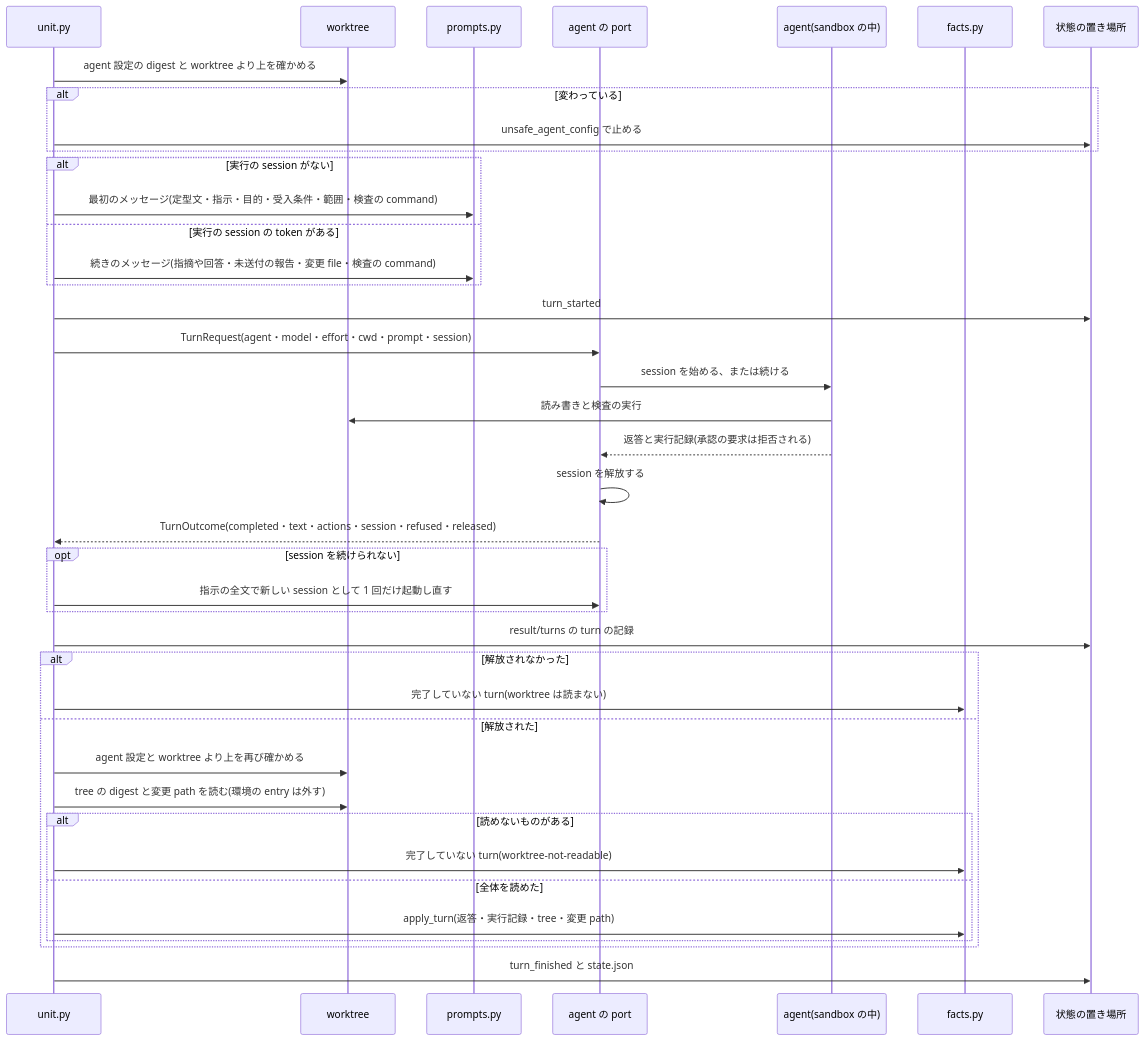
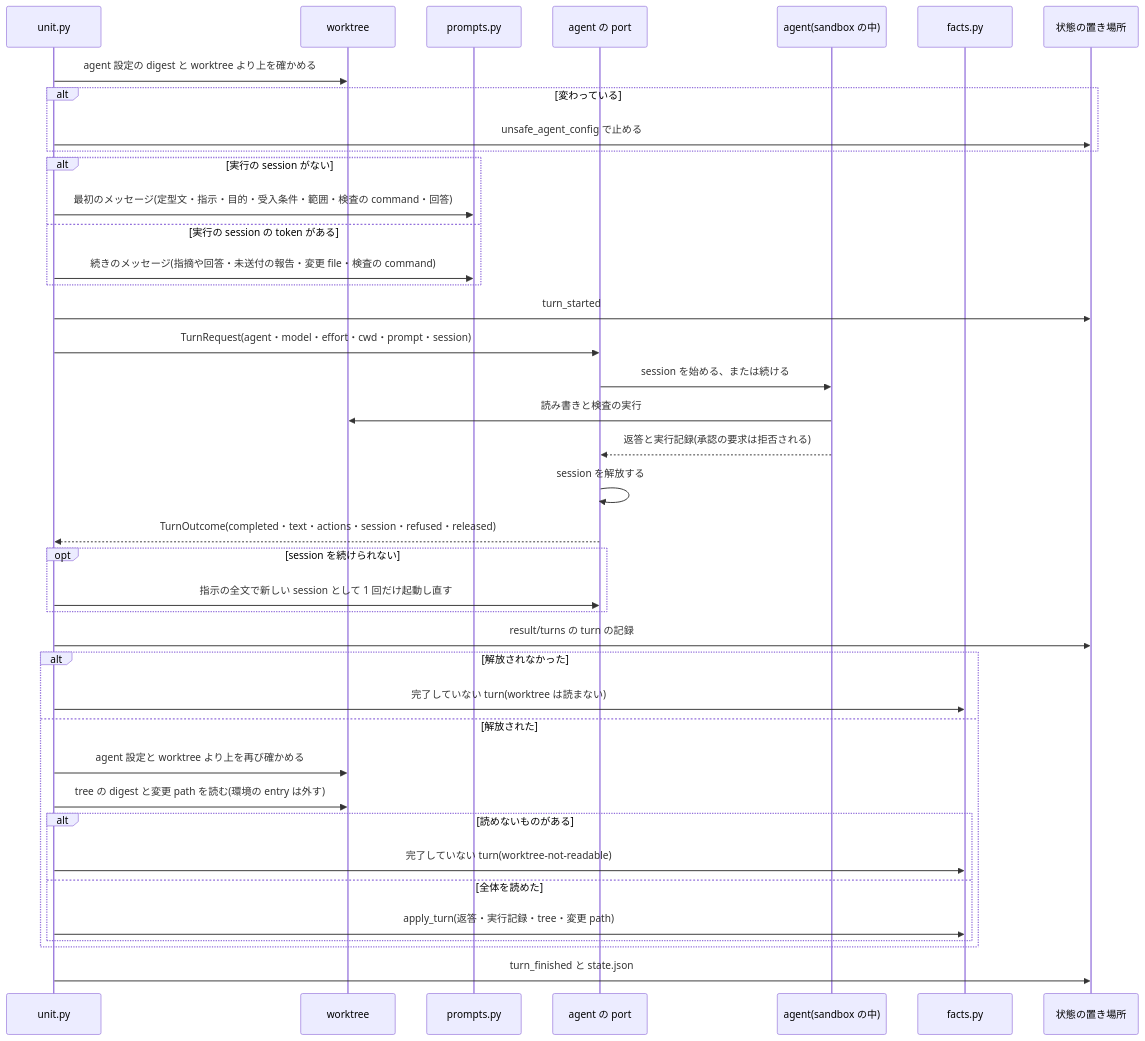
The fourth of 8 diagrams in ARCHITECTURE.md (takezoh/loop-engine), drawn with Mermaid before and after one commit. The commit also changed other lines of this file and 29 other files, not shown here.

````diff
--- a/ARCHITECTURE.md
+++ b/ARCHITECTURE.md
@@ -178,42 +181,42 @@
 ```mermaid
 sequenceDiagram
   participant U as unit.py
   participant W as worktree
   participant P as prompts.py
   participant A as agent の port
   participant G as agent(sandbox の中)
   participant F as facts.py
   participant S as 状態の置き場所
   U->>W: agent 設定の digest と worktree より上を確かめる
   alt 変わっている
     U->>S: unsafe_agent_config で止める
   end
   alt 実行の session がない
-    U->>P: 最初のメッセージ(定型文・指示・目的・受入条件・範囲・検査の command)
+    U->>P: 最初のメッセージ(定型文・指示・目的・受入条件・範囲・検査の command・回答)
   else 実行の session の token がある
     U->>P: 続きのメッセージ(指摘や回答・未送付の報告・変更 file・検査の command)
   end
   U->>S: turn_started
   U->>A: TurnRequest(agent・model・effort・cwd・prompt・session)
   A->>G: session を始める、または続ける
   G->>W: 読み書きと検査の実行
   G-->>A: 返答と実行記録(承認の要求は拒否される)
   A->>A: session を解放する
   A-->>U: TurnOutcome(completed・text・actions・session・refused・released)
   opt session を続けられない
     U->>A: 指示の全文で新しい session として 1 回だけ起動し直す
   end
   U->>S: result/turns の turn の記録
   alt 解放されなかった
     U->>F: 完了していない turn(worktree は読まない)
   else 解放された
     U->>W: agent 設定と worktree より上を再び確かめる
     U->>W: tree の digest と変更 path を読む(環境の entry は外す)
     alt 読めないものがある
       U->>F: 完了していない turn(worktree-not-readable)
     else 全体を読めた
       U->>F: apply_turn(返答・実行記録・tree・変更 path)
     end
   end
   U->>S: turn_finished と state.json
 ```
````
